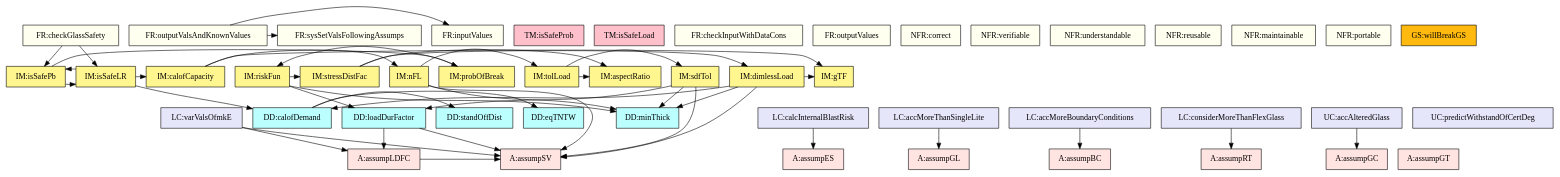
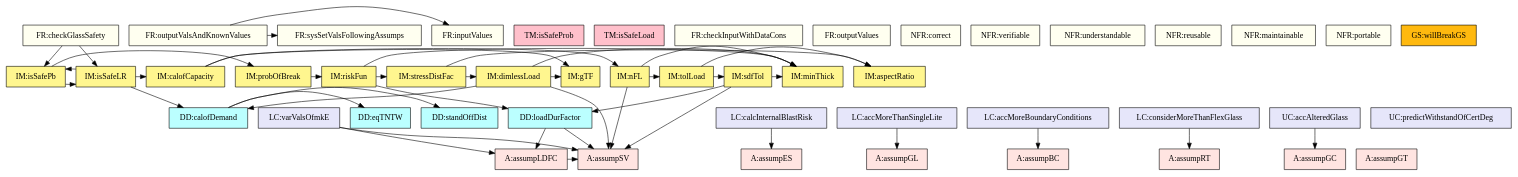
Before and after one commit to JacquesCarette/Drasil: the diagram in code/stable/glassbr/TraceyGraph/allvsall.dot, drawn with Graphviz. The commit also changed 37 other files, not shown here.

```diff
--- a/code/stable/glassbr/TraceyGraph/allvsall.dot
+++ b/code/stable/glassbr/TraceyGraph/allvsall.dot
@@ -1,134 +1,134 @@
 digraph allvsall {
 	assumpLDFC -> assumpSV;
 	loadDurFactor -> assumpSV;
 	loadDurFactor -> assumpLDFC;
 	demandq -> stdOffDist;
 	demandq -> eqTNTChar;
+	riskFun -> loadDurFactor;
 	riskFun -> minThick;
-	riskFun -> loadDurFactor;
 	riskFun -> stressDistFac;
 	stressDistFac -> dimlessLoad;
 	stressDistFac -> aR;
 	nFL -> assumpSV;
 	nFL -> minThick;
 	nFL -> tolLoad;
 	dimlessLoad -> assumpSV;
+	dimlessLoad -> demandq;
 	dimlessLoad -> minThick;
-	dimlessLoad -> demandq;
 	dimlessLoad -> glassTypeFac;
 	tolLoad -> sdfTol;
 	tolLoad -> aR;
 	sdfTol -> assumpSV;
+	sdfTol -> loadDurFactor;
 	sdfTol -> minThick;
-	sdfTol -> loadDurFactor;
 	probBr -> riskFun;
 	lResistance -> nFL;
 	lResistance -> glassTypeFac;
 	isSafePb -> probBr;
 	isSafePb -> isSafeLR;
 	isSafeLR -> demandq;
 	isSafeLR -> lResistance;
 	isSafeLR -> isSafePb;
 	outputValsAndKnownValues -> inputValues;
 	outputValsAndKnownValues -> sysSetValsFollowingAssumps;
 	checkGlassSafety -> isSafePb;
 	checkGlassSafety -> isSafeLR;
 	calcInternalBlastRisk -> assumpES;
 	varValsOfmkE -> assumpSV;
 	varValsOfmkE -> assumpLDFC;
 	accMoreThanSingleLite -> assumpGL;
 	accMoreBoundaryConditions -> assumpBC;
 	considerMoreThanFlexGlass -> assumpRT;
 	accAlteredGlass -> assumpGC;
 
 
 	assumpGT	[shape=box, color=black, style=filled, fillcolor=mistyrose, label="A:assumpGT"];
 	assumpGC	[shape=box, color=black, style=filled, fillcolor=mistyrose, label="A:assumpGC"];
 	assumpES	[shape=box, color=black, style=filled, fillcolor=mistyrose, label="A:assumpES"];
 	assumpSV	[shape=box, color=black, style=filled, fillcolor=mistyrose, label="A:assumpSV"];
 	assumpGL	[shape=box, color=black, style=filled, fillcolor=mistyrose, label="A:assumpGL"];
 	assumpBC	[shape=box, color=black, style=filled, fillcolor=mistyrose, label="A:assumpBC"];
 	assumpRT	[shape=box, color=black, style=filled, fillcolor=mistyrose, label="A:assumpRT"];
 	assumpLDFC	[shape=box, color=black, style=filled, fillcolor=mistyrose, label="A:assumpLDFC"];
 
 	subgraph A {
 	rank="same"
 	{assumpGT, assumpGC, assumpES, assumpSV, assumpGL, assumpBC, assumpRT, assumpLDFC}
 	}
 
-	minThick	[shape=box, color=black, style=filled, fillcolor=paleturquoise1, label="DD:minThick"];
 	loadDurFactor	[shape=box, color=black, style=filled, fillcolor=paleturquoise1, label="DD:loadDurFactor"];
 	stdOffDist	[shape=box, color=black, style=filled, fillcolor=paleturquoise1, label="DD:standOffDist"];
 	eqTNTChar	[shape=box, color=black, style=filled, fillcolor=paleturquoise1, label="DD:eqTNTW"];
 	demandq	[shape=box, color=black, style=filled, fillcolor=paleturquoise1, label="DD:calofDemand"];
 
 	subgraph DD {
 	rank="same"
-	{minThick, loadDurFactor, stdOffDist, eqTNTChar, demandq}
+	{loadDurFactor, stdOffDist, eqTNTChar, demandq}
 	}
 
 	isSafeProb	[shape=box, color=black, style=filled, fillcolor=pink, label="TM:isSafeProb"];
 	isSafeLoad	[shape=box, color=black, style=filled, fillcolor=pink, label="TM:isSafeLoad"];
 
 	subgraph TM {
 	rank="same"
 	{isSafeProb, isSafeLoad}
 	}
 
 	riskFun	[shape=box, color=black, style=filled, fillcolor=khaki1, label="IM:riskFun"];
+	minThick	[shape=box, color=black, style=filled, fillcolor=khaki1, label="IM:minThick"];
 	stressDistFac	[shape=box, color=black, style=filled, fillcolor=khaki1, label="IM:stressDistFac"];
 	nFL	[shape=box, color=black, style=filled, fillcolor=khaki1, label="IM:nFL"];
 	glassTypeFac	[shape=box, color=black, style=filled, fillcolor=khaki1, label="IM:gTF"];
 	dimlessLoad	[shape=box, color=black, style=filled, fillcolor=khaki1, label="IM:dimlessLoad"];
 	tolLoad	[shape=box, color=black, style=filled, fillcolor=khaki1, label="IM:tolLoad"];
 	sdfTol	[shape=box, color=black, style=filled, fillcolor=khaki1, label="IM:sdfTol"];
 	aR	[shape=box, color=black, style=filled, fillcolor=khaki1, label="IM:aspectRatio"];
 	probBr	[shape=box, color=black, style=filled, fillcolor=khaki1, label="IM:probOfBreak"];
 	lResistance	[shape=box, color=black, style=filled, fillcolor=khaki1, label="IM:calofCapacity"];
 	isSafePb	[shape=box, color=black, style=filled, fillcolor=khaki1, label="IM:isSafePb"];
 	isSafeLR	[shape=box, color=black, style=filled, fillcolor=khaki1, label="IM:isSafeLR"];
 
 	subgraph IM {
 	rank="same"
-	{riskFun, stressDistFac, nFL, glassTypeFac, dimlessLoad, tolLoad, sdfTol, aR, probBr, lResistance, isSafePb, isSafeLR}
+	{riskFun, minThick, stressDistFac, nFL, glassTypeFac, dimlessLoad, tolLoad, sdfTol, aR, probBr, lResistance, isSafePb, isSafeLR}
 	}
 
 	inputValues	[shape=box, color=black, style=filled, fillcolor=ivory, label="FR:inputValues"];
 	sysSetValsFollowingAssumps	[shape=box, color=black, style=filled, fillcolor=ivory, label="FR:sysSetValsFollowingAssumps"];
 	checkInputWithDataCons	[shape=box, color=black, style=filled, fillcolor=ivory, label="FR:checkInputWithDataCons"];
 	outputValsAndKnownValues	[shape=box, color=black, style=filled, fillcolor=ivory, label="FR:outputValsAndKnownValues"];
 	checkGlassSafety	[shape=box, color=black, style=filled, fillcolor=ivory, label="FR:checkGlassSafety"];
 	outputValues	[shape=box, color=black, style=filled, fillcolor=ivory, label="FR:outputValues"];
 	correct	[shape=box, color=black, style=filled, fillcolor=ivory, label="NFR:correct"];
 	verifiable	[shape=box, color=black, style=filled, fillcolor=ivory, label="NFR:verifiable"];
 	understandable	[shape=box, color=black, style=filled, fillcolor=ivory, label="NFR:understandable"];
 	reusable	[shape=box, color=black, style=filled, fillcolor=ivory, label="NFR:reusable"];
 	maintainable	[shape=box, color=black, style=filled, fillcolor=ivory, label="NFR:maintainable"];
 	portable	[shape=box, color=black, style=filled, fillcolor=ivory, label="NFR:portable"];
 
 	subgraph FR {
 	rank="same"
 	{inputValues, sysSetValsFollowingAssumps, checkInputWithDataCons, outputValsAndKnownValues, checkGlassSafety, outputValues, correct, verifiable, understandable, reusable, maintainable, portable}
 	}
 
 	willBreakGS	[shape=box, color=black, style=filled, fillcolor=darkgoldenrod1, label="GS:willBreakGS"];
 
 	subgraph GS {
 	rank="same"
 	{willBreakGS}
 	}
 
 	calcInternalBlastRisk	[shape=box, color=black, style=filled, fillcolor=lavender, label="LC:calcInternalBlastRisk"];
 	varValsOfmkE	[shape=box, color=black, style=filled, fillcolor=lavender, label="LC:varValsOfmkE"];
 	accMoreThanSingleLite	[shape=box, color=black, style=filled, fillcolor=lavender, label="LC:accMoreThanSingleLite"];
 	accMoreBoundaryConditions	[shape=box, color=black, style=filled, fillcolor=lavender, label="LC:accMoreBoundaryConditions"];
 	considerMoreThanFlexGlass	[shape=box, color=black, style=filled, fillcolor=lavender, label="LC:considerMoreThanFlexGlass"];
 	predictWithstandOfCertDeg	[shape=box, color=black, style=filled, fillcolor=lavender, label="UC:predictWithstandOfCertDeg"];
 	accAlteredGlass	[shape=box, color=black, style=filled, fillcolor=lavender, label="UC:accAlteredGlass"];
 
 	subgraph LC {
 	rank="same"
 	{calcInternalBlastRisk, varValsOfmkE, accMoreThanSingleLite, accMoreBoundaryConditions, considerMoreThanFlexGlass, predictWithstandOfCertDeg, accAlteredGlass}
 	}
 
 }
```
